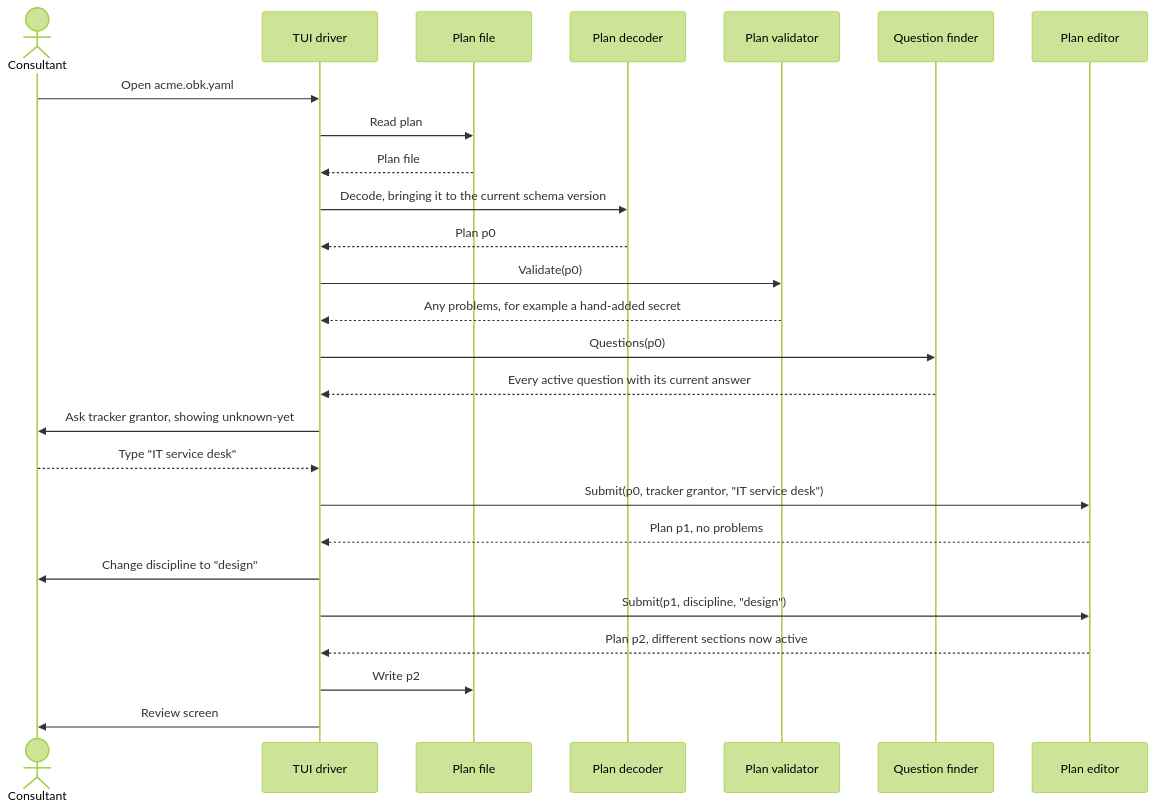
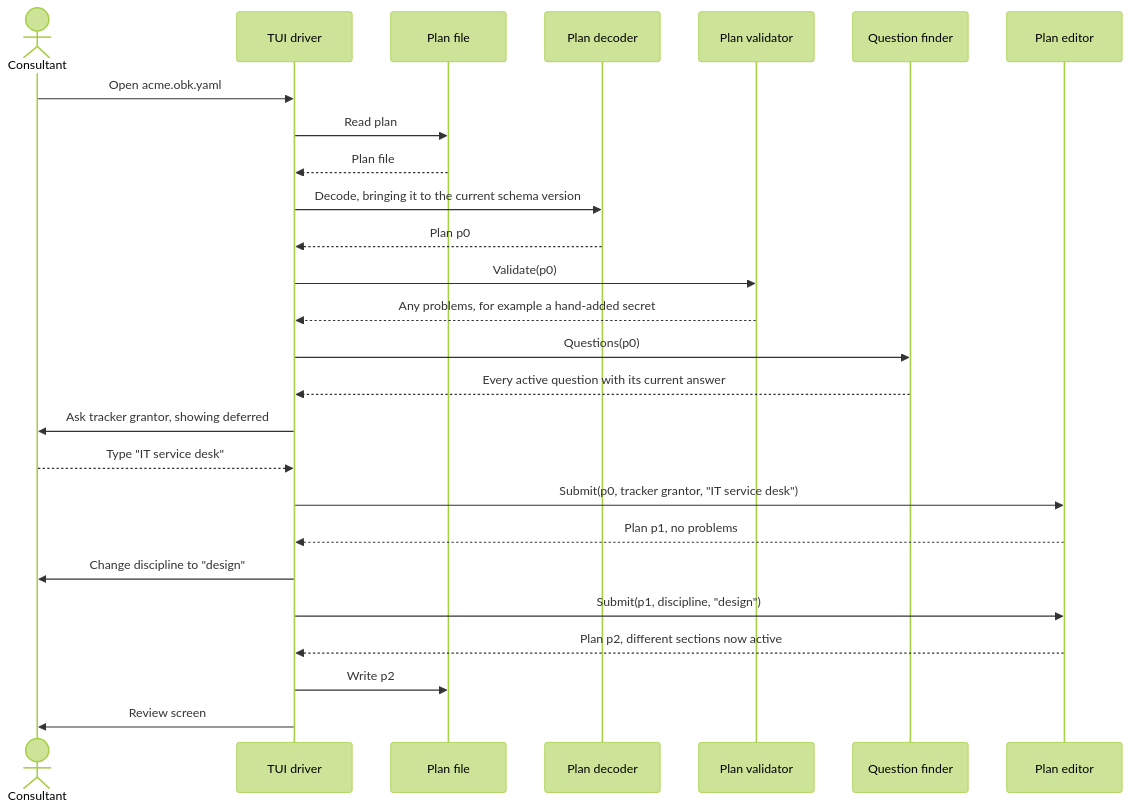
Before and after one commit to 8thlight-daveloper/onboard-kit: the fourth of 4 diagrams in docs/decisions/0010-plan-editor.md, drawn with Mermaid (forest theme). The commit also changed other lines of this file and 48 other files, not shown here.

````diff
--- a/docs/decisions/0010-plan-editor.md
+++ b/docs/decisions/0010-plan-editor.md
@@ -319,32 +319,32 @@
 ```mermaid
 sequenceDiagram
     actor C as Consultant
     participant T as TUI driver
     participant X as Plan file
     participant M as Plan decoder
     participant V as Plan validator
     participant F as Question finder
     participant E as Plan editor
 
     C->>T: Open acme.obk.yaml
     T->>X: Read plan
     X-->>T: Plan file
     T->>M: Decode, bringing it to the current schema version
     M-->>T: Plan p0
     T->>V: Validate(p0)
     V-->>T: Any problems, for example a hand-added secret
 
     T->>F: Questions(p0)
     F-->>T: Every active question with its current answer
-    T->>C: Ask tracker grantor, showing unknown-yet
+    T->>C: Ask tracker grantor, showing deferred
     C-->>T: Type "IT service desk"
     T->>E: Submit(p0, tracker grantor, "IT service desk")
     E-->>T: Plan p1, no problems
 
     T->>C: Change discipline to "design"
     T->>E: Submit(p1, discipline, "design")
     E-->>T: Plan p2, different sections now active
 
     T->>X: Write p2
     T->>C: Review screen
 ```
````
